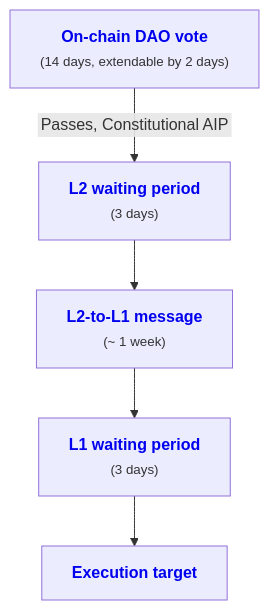
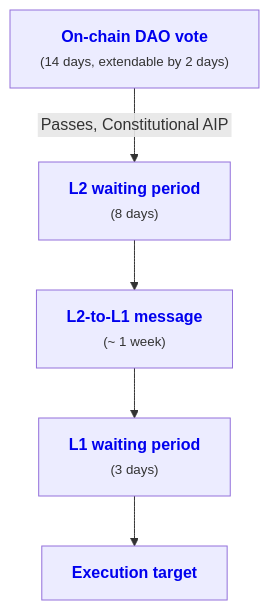
The diagram in docs/overview.md (ArbitrumFoundation/governance), drawn with Mermaid before and after one commit. The commit also changed 1 other file, not shown here.

Commit message:
Updated mermaid flow diagrams

````diff
--- a/docs/overview.md
+++ b/docs/overview.md
@@ -50,8 +50,8 @@
 ```mermaid
 graph TD;
   D["<a href='#phase-3-on-chain-dao-vote' style='text-decoration:none;'><b>On-chain DAO vote</b></a><br/><span style='font-size:smaller'>(14 days, extendable by 2 days)</span>"];
-  D -->|"<span style='padding: 3px;'>Passes, Constitutional AIP</span>"| E["<a href='#phase-4-l2-waiting-period' style='text-decoration:none;'><b>L2 waiting period</b></a><br/><span style='font-size:smaller'>(3 days)</span>"];
+  D -->|"<span style='padding: 3px;'>Passes, Constitutional AIP</span>"| E["<a href='#phase-4-l2-waiting-period' style='text-decoration:none;'><b>L2 waiting period</b></a><br/><span style='font-size:smaller'>(8 days)</span>"];
   E --> F["<a href='#phase-5-l2-to-l1-message' style='text-decoration:none;'><b>L2-to-L1 message</b></a><br/><span style='font-size:smaller'>(~ 1 week)</span>"];
   F --> G["<a href='#phase-6-l1-waiting-period' style='text-decoration:none;'><b>L1 waiting period</b></a><br/><span style='font-size:smaller'>(3 days)</span>"];
   G --> H["<a href='#phase-7-implementation' style='text-decoration:none;'><b>Execution target</b></a>"];
 ```
````
